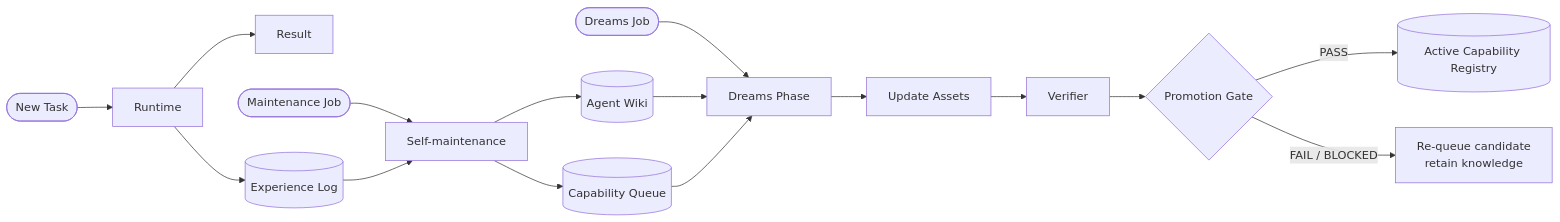
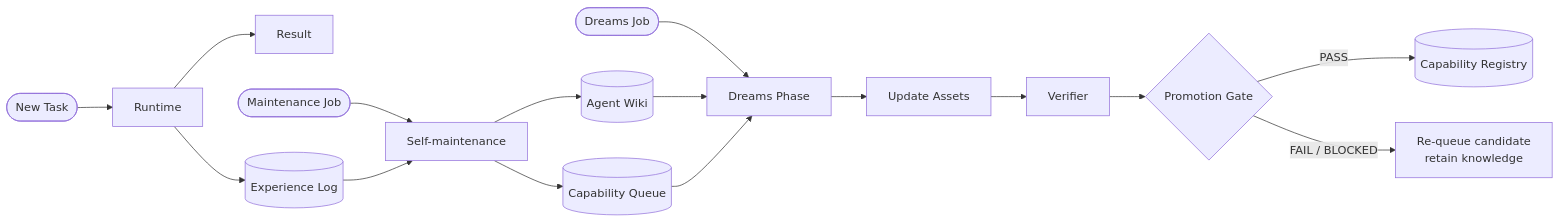
The diagram in README.md (nazarenodefrancesc/open-capability), drawn with Mermaid before and after one commit. The commit also changed other lines of this file, not shown here.

Commit message:
Simplify README and clarify capability flow

````diff
--- a/README.md
+++ b/README.md
@@ -230,23 +37,23 @@
 ```mermaid
 flowchart LR
 
     T([New Task]) --> R[Runtime]
     R --> O[Result]
     R --> E[(Experience Log)]
 
     MJ([Maintenance Job]) --> M[Self-maintenance]
     E --> M
     M --> W[(Agent Wiki)]
     M --> Q[(Capability Queue)]
 
     DJ([Dreams Job]) --> D[Dreams Phase]
     W --> D
     Q --> D
 
     D --> B[Update Assets]
     B --> V[Verifier]
     V --> G{Promotion Gate}
 
-    G -->|PASS| A[(Active Capability Registry)]
+    G -->|PASS| C[(Capability Registry)]
     G -->|FAIL / BLOCKED| F[Re-queue candidate<br/>retain knowledge]
 ```
````
